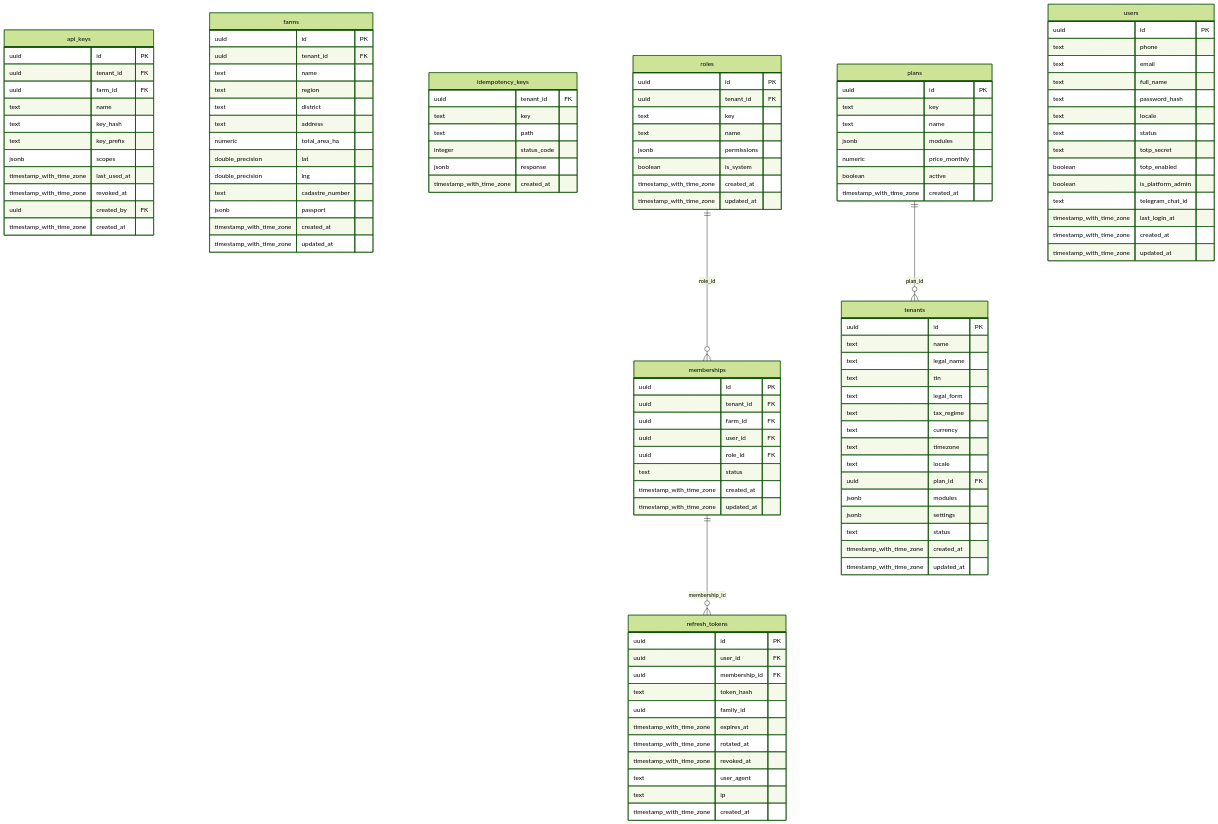
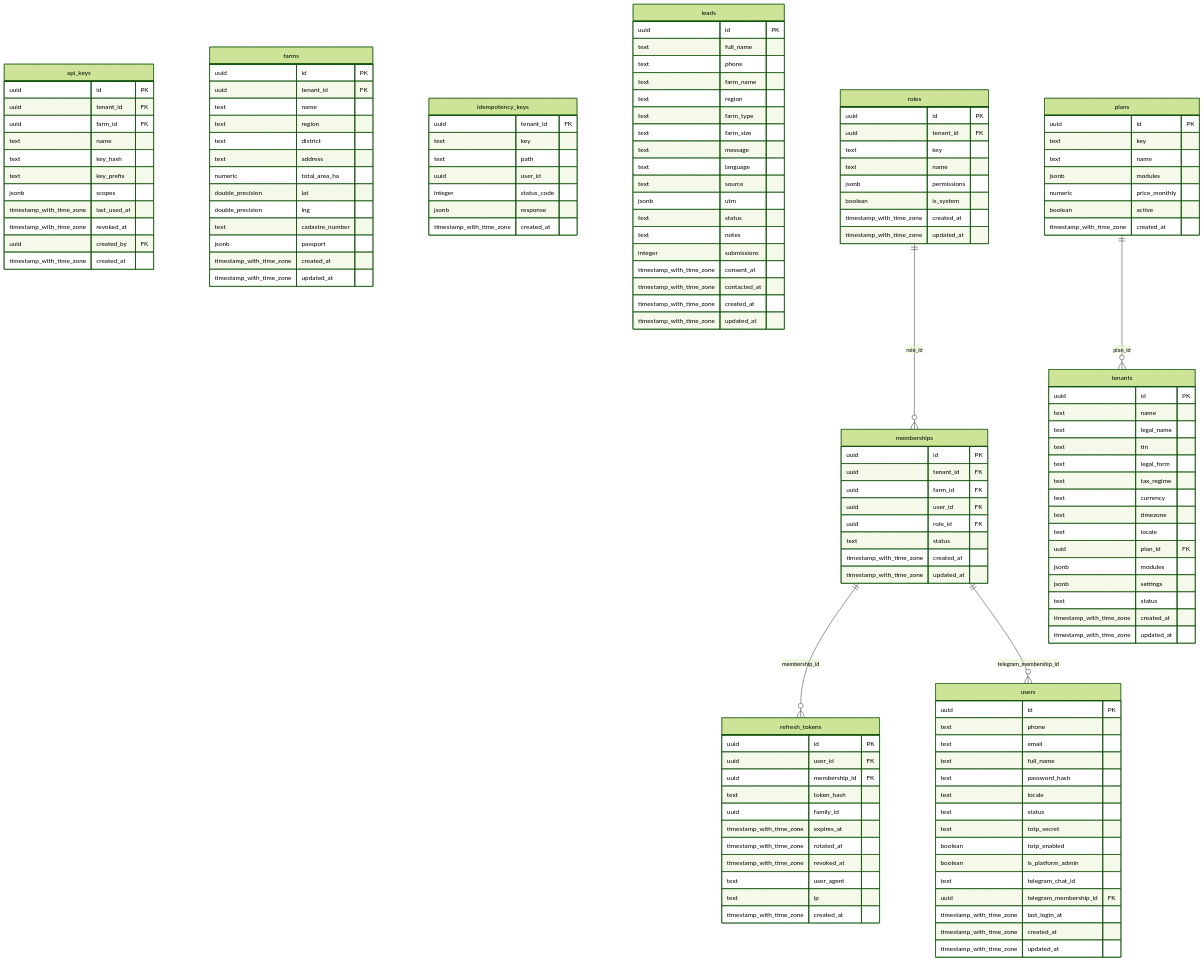
The first of 13 diagrams in docs/erd.md (khurshidnm/yuksalish-agro), drawn with Mermaid (forest theme) before and after one commit. The commit also changed other lines of this file and 374 other files, not shown here.

````diff
--- a/docs/erd.md
+++ b/docs/erd.md
@@ -45,9 +45,30 @@
     uuid tenant_id FK
     text key
     text path
+    uuid user_id
     integer status_code
     jsonb response
     timestamp_with_time_zone created_at
+  }
+  leads {
+    uuid id PK
+    text full_name
+    text phone
+    text farm_name
+    text region
+    text farm_type
+    text farm_size
+    text message
+    text language
+    text source
+    jsonb utm
+    text status
+    text notes
+    integer submissions
+    timestamp_with_time_zone consent_at
+    timestamp_with_time_zone contacted_at
+    timestamp_with_time_zone created_at
+    timestamp_with_time_zone updated_at
   }
   memberships {
     uuid id PK
@@ -120,11 +141,13 @@
     boolean totp_enabled
     boolean is_platform_admin
     text telegram_chat_id
+    uuid telegram_membership_id FK
     timestamp_with_time_zone last_login_at
     timestamp_with_time_zone created_at
     timestamp_with_time_zone updated_at
   }
   memberships ||--o{ refresh_tokens : "membership_id"
+  memberships ||--o{ users : "telegram_membership_id"
   plans ||--o{ tenants : "plan_id"
   roles ||--o{ memberships : "role_id"
 ```
````
